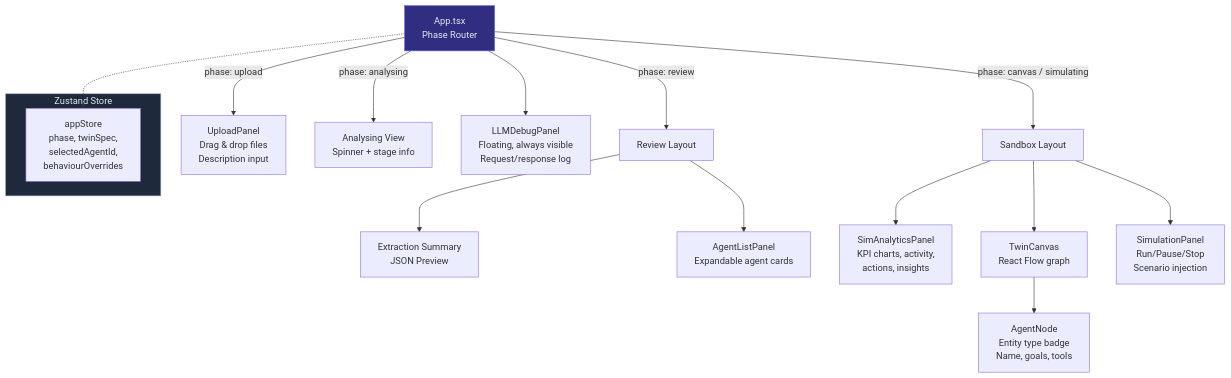
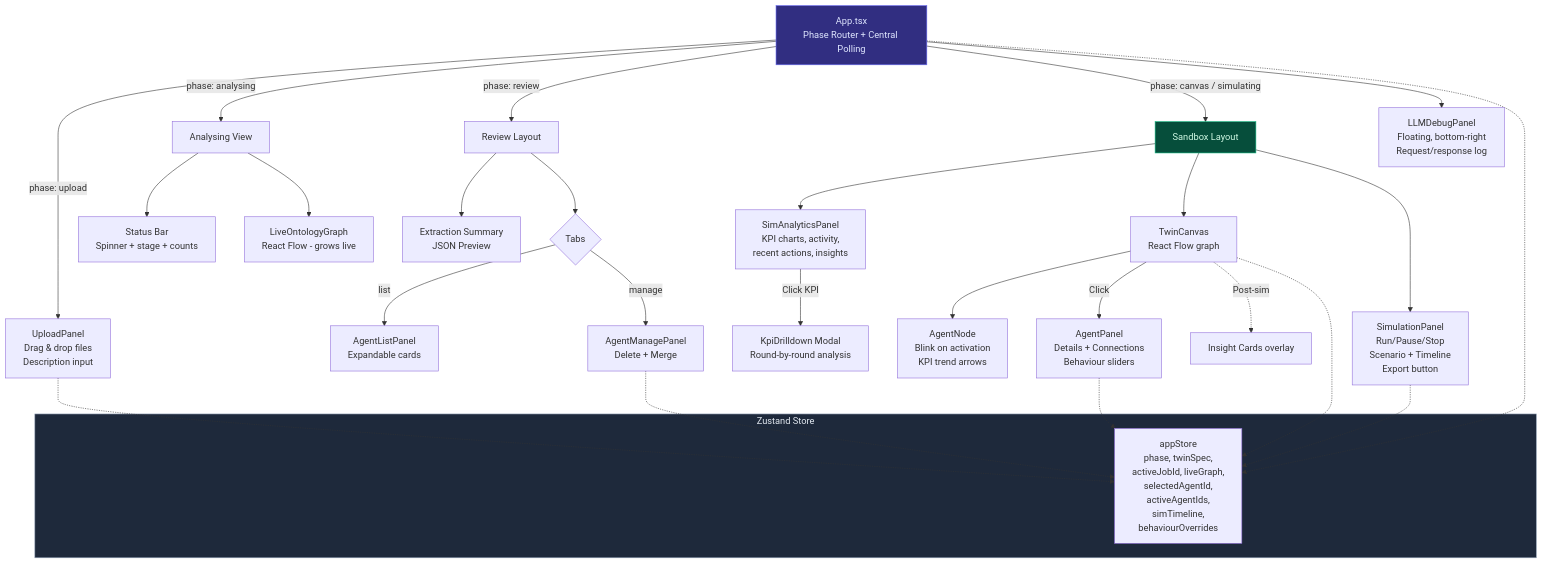
Before and after one commit to anandarupmukherjee/WeaveX: diagram 14 of 15 in README.md, drawn with Mermaid. The commit also changed other lines of this file, not shown here.

First line of the commit message:
Update README with detailed flowcharts for all pipelines

````diff
--- a/README.md
+++ b/README.md
@@ -368,29 +717,43 @@
 ```mermaid
 graph TD
-    APP[App.tsx<br/>Phase Router]
+    APP[App.tsx<br/>Phase Router + Central Polling]
 
     APP -->|phase: upload| UP[UploadPanel<br/>Drag & drop files<br/>Description input]
-    APP -->|phase: analysing| AN[Analysing View<br/>Spinner + stage info]
+    APP -->|phase: analysing| AN[Analysing View]
     APP -->|phase: review| REV[Review Layout]
     APP -->|phase: canvas / simulating| SIM[Sandbox Layout]
 
+    AN --> STATUS[Status Bar<br/>Spinner + stage + counts]
+    AN --> LOG[LiveOntologyGraph<br/>React Flow - grows live]
+
     REV --> REV_MAIN[Extraction Summary<br/>JSON Preview]
-    REV --> ALP[AgentListPanel<br/>Expandable agent cards]
+    REV --> REV_TABS{Tabs}
+    REV_TABS -->|list| ALP[AgentListPanel<br/>Expandable cards]
+    REV_TABS -->|manage| AMP[AgentManagePanel<br/>Delete + Merge]
 
-    SIM --> SAP[SimAnalyticsPanel<br/>KPI charts, activity,<br/>actions, insights]
+    SIM --> SAP[SimAnalyticsPanel<br/>KPI charts, activity,<br/>recent actions, insights]
     SIM --> TC[TwinCanvas<br/>React Flow graph]
-    SIM --> SMP[SimulationPanel<br/>Run/Pause/Stop<br/>Scenario injection]
+    SIM --> SMP[SimulationPanel<br/>Run/Pause/Stop<br/>Scenario + Timeline<br/>Export button]
 
-    TC --> AN2[AgentNode<br/>Entity type badge<br/>Name, goals, tools]
+    SAP -->|Click KPI| KD[KpiDrilldown Modal<br/>Round-by-round analysis]
+    TC --> AN2[AgentNode<br/>Blink on activation<br/>KPI trend arrows]
+    TC -->|Click| AGP[AgentPanel<br/>Details + Connections<br/>Behaviour sliders]
+    TC -.->|Post-sim| CARDS[Insight Cards overlay]
 
-    APP --> DBG[LLMDebugPanel<br/>Floating, always visible<br/>Request/response log]
+    APP --> DBG[LLMDebugPanel<br/>Floating, bottom-right<br/>Request/response log]
 
     subgraph State["Zustand Store"]
-        ST[appStore<br/>phase, twinSpec,<br/>selectedAgentId,<br/>behaviourOverrides]
+        ST[appStore<br/>phase, twinSpec,<br/>activeJobId, liveGraph,<br/>selectedAgentId,<br/>activeAgentIds,<br/>simTimeline,<br/>behaviourOverrides]
     end
 
     APP -.-> ST
+    UP -.-> ST
+    AMP -.-> ST
+    AGP -.-> ST
+    TC -.-> ST
+    SMP -.-> ST
 
-    style APP fill:#312e81,stroke:#6366f1,color:#e2e8f0
+    style APP fill:#312e81,stroke:#6366f1,color:#e0e7ff
     style State fill:#1e293b,stroke:#94a3b8,color:#e2e8f0
+    style SIM fill:#064e3b,stroke:#10b981,color:#d1fae5
 ```
````
